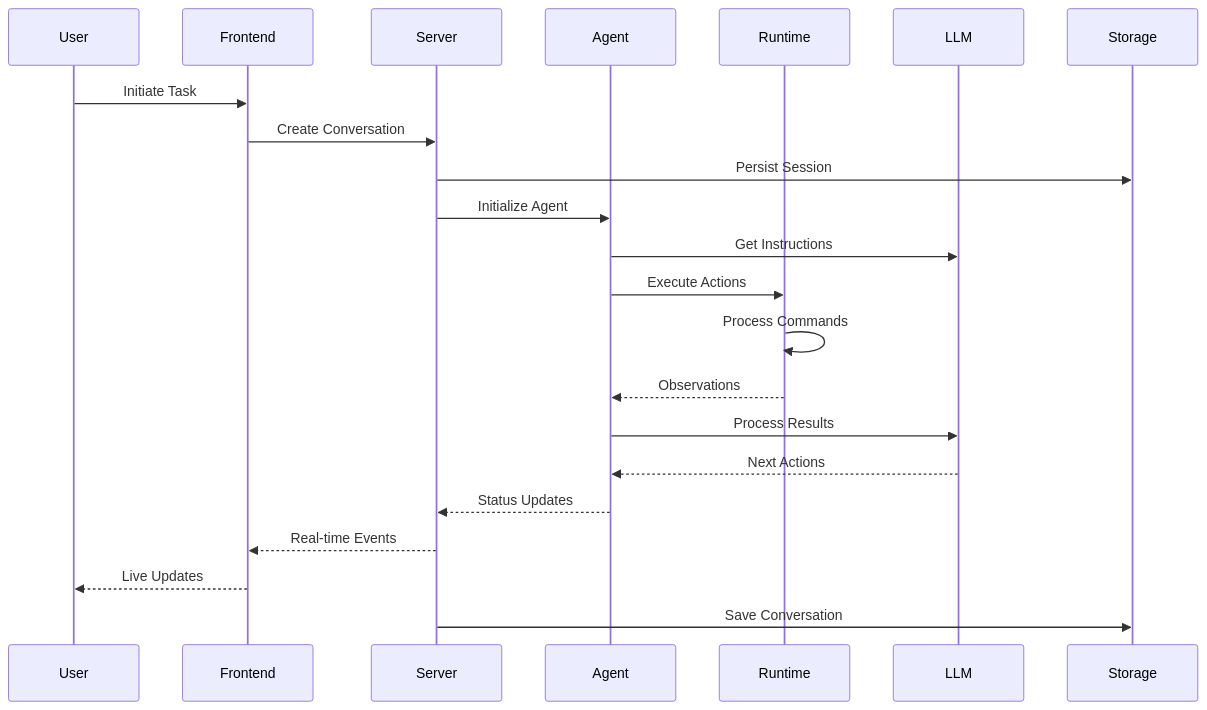
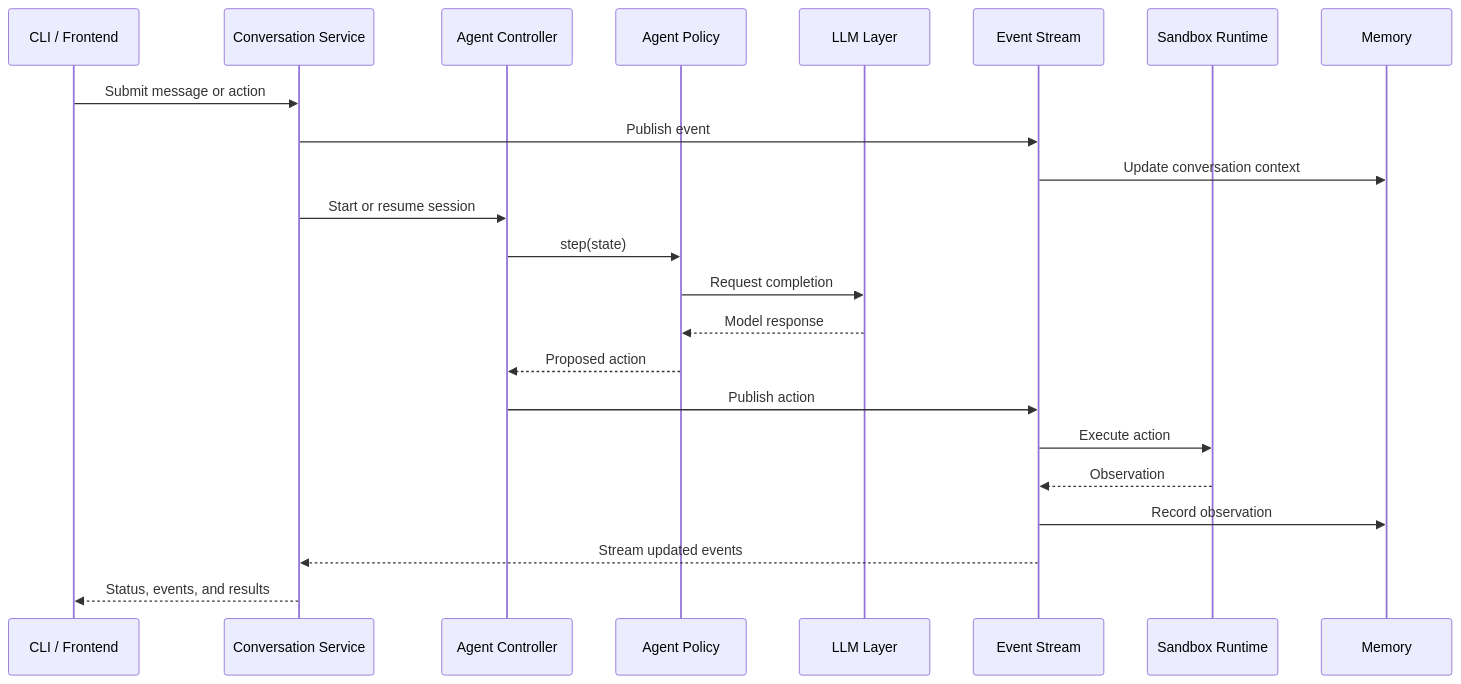
Before and after one commit to FSoft-AI4Code/codewiki-demo: the second of 3 diagrams in docs/All-Hands-AI--OpenHands-docs/overview.md, drawn with Mermaid. The commit also changed other lines of this file and 1767 other files, not shown here.

````diff
--- a/docs/All-Hands-AI--OpenHands-docs/overview.md
+++ b/docs/All-Hands-AI--OpenHands-docs/overview.md
@@ -110,25 +54,26 @@
 ```mermaid
 sequenceDiagram
-    participant User
-    participant Frontend
-    participant Server
-    participant Agent
-    participant Runtime
-    participant LLM
-    participant Storage
-    
-    User->>Frontend: Initiate Task
-    Frontend->>Server: Create Conversation
-    Server->>Storage: Persist Session
-    Server->>Agent: Initialize Agent
-    Agent->>LLM: Get Instructions
-    Agent->>Runtime: Execute Actions
-    Runtime->>Runtime: Process Commands
-    Runtime-->>Agent: Observations
-    Agent->>LLM: Process Results
-    LLM-->>Agent: Next Actions
-    Agent-->>Server: Status Updates
-    Server-->>Frontend: Real-time Events
-    Frontend-->>User: Live Updates
-    Server->>Storage: Save Conversation
+    participant Client as CLI / Frontend
+    participant Server as Conversation Service
+    participant Controller as Agent Controller
+    participant Agent as Agent Policy
+    participant LLM as LLM Layer
+    participant Stream as Event Stream
+    participant Runtime as Sandbox Runtime
+    participant Memory as Memory
+
+    Client->>Server: Submit message or action
+    Server->>Stream: Publish event
+    Stream->>Memory: Update conversation context
+    Server->>Controller: Start or resume session
+    Controller->>Agent: step(state)
+    Agent->>LLM: Request completion
+    LLM-->>Agent: Model response
+    Agent-->>Controller: Proposed action
+    Controller->>Stream: Publish action
+    Stream->>Runtime: Execute action
+    Runtime-->>Stream: Observation
+    Stream->>Memory: Record observation
+    Stream-->>Server: Stream updated events
+    Server-->>Client: Status, events, and results
 ```
````
